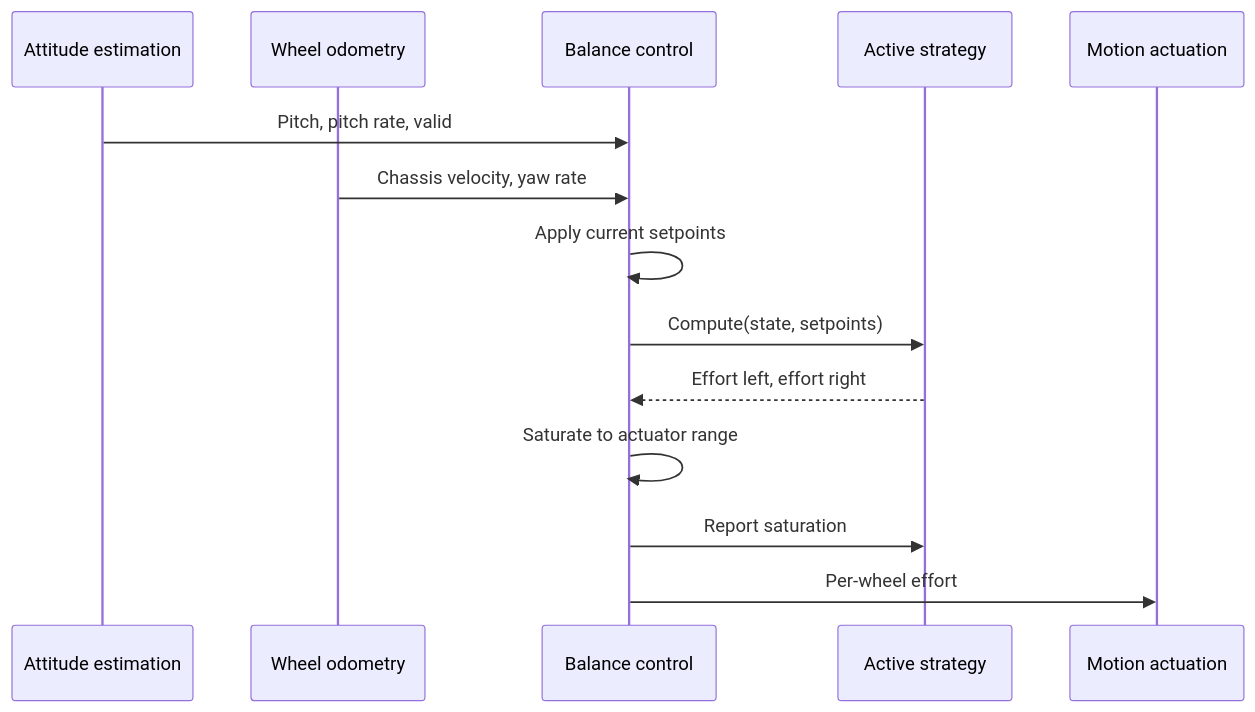
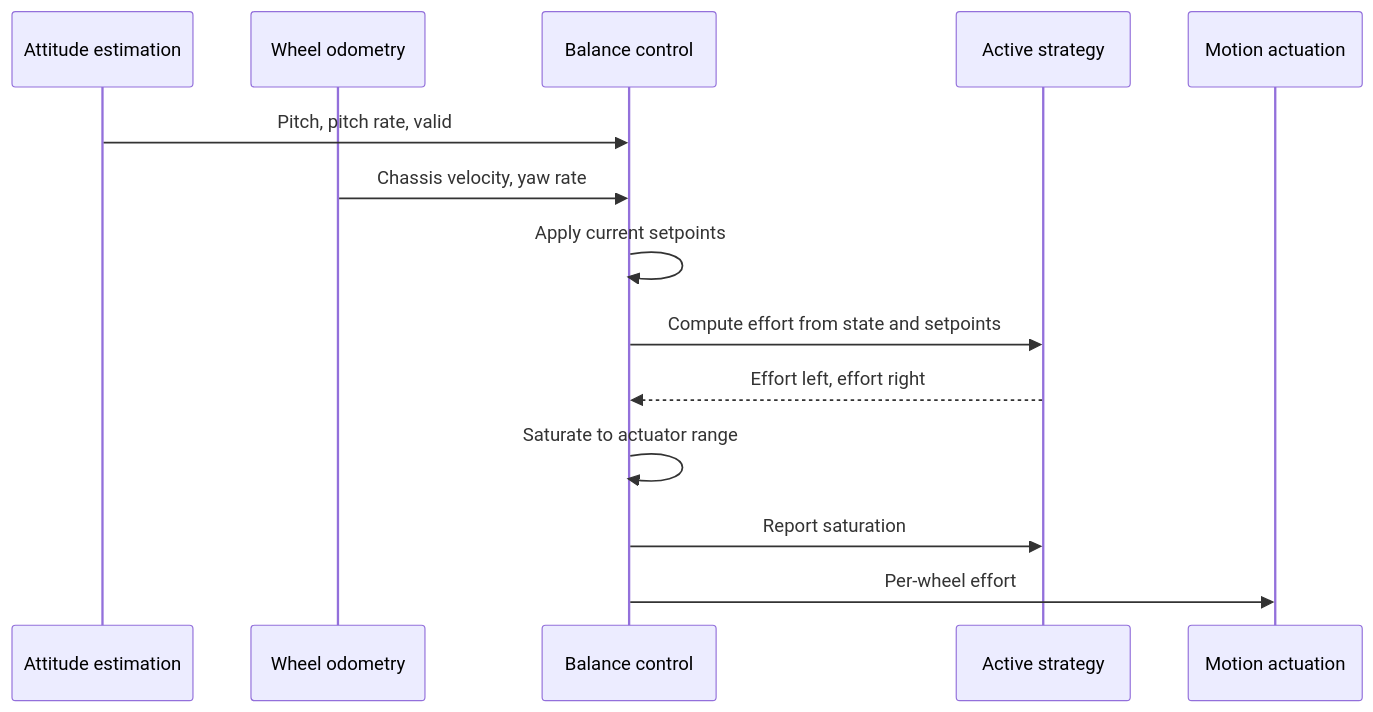
Before and after one commit to embedded-pro/e-inverted-pendulum: the second of 4 diagrams in documentation/design/balance-control.md, drawn with Mermaid. The commit also changed other lines of this file and 20 other files, not shown here.

First line of the commit message:
docs: apply kit documentation rules to design, theory and architecture (#75)

````diff
--- a/documentation/design/balance-control.md
+++ b/documentation/design/balance-control.md
@@ -234,17 +244,17 @@
 ```mermaid
 sequenceDiagram
     participant Est as Attitude estimation
     participant Odom as Wheel odometry
     participant Ctrl as Balance control
     participant Strat as Active strategy
     participant Act as Motion actuation
 
     Est->>Ctrl: Pitch, pitch rate, valid
     Odom->>Ctrl: Chassis velocity, yaw rate
     Ctrl->>Ctrl: Apply current setpoints
-    Ctrl->>Strat: Compute(state, setpoints)
+    Ctrl->>Strat: Compute effort from state and setpoints
     Strat-->>Ctrl: Effort left, effort right
     Ctrl->>Ctrl: Saturate to actuator range
     Ctrl->>Strat: Report saturation
     Ctrl->>Act: Per-wheel effort
 ```
````
